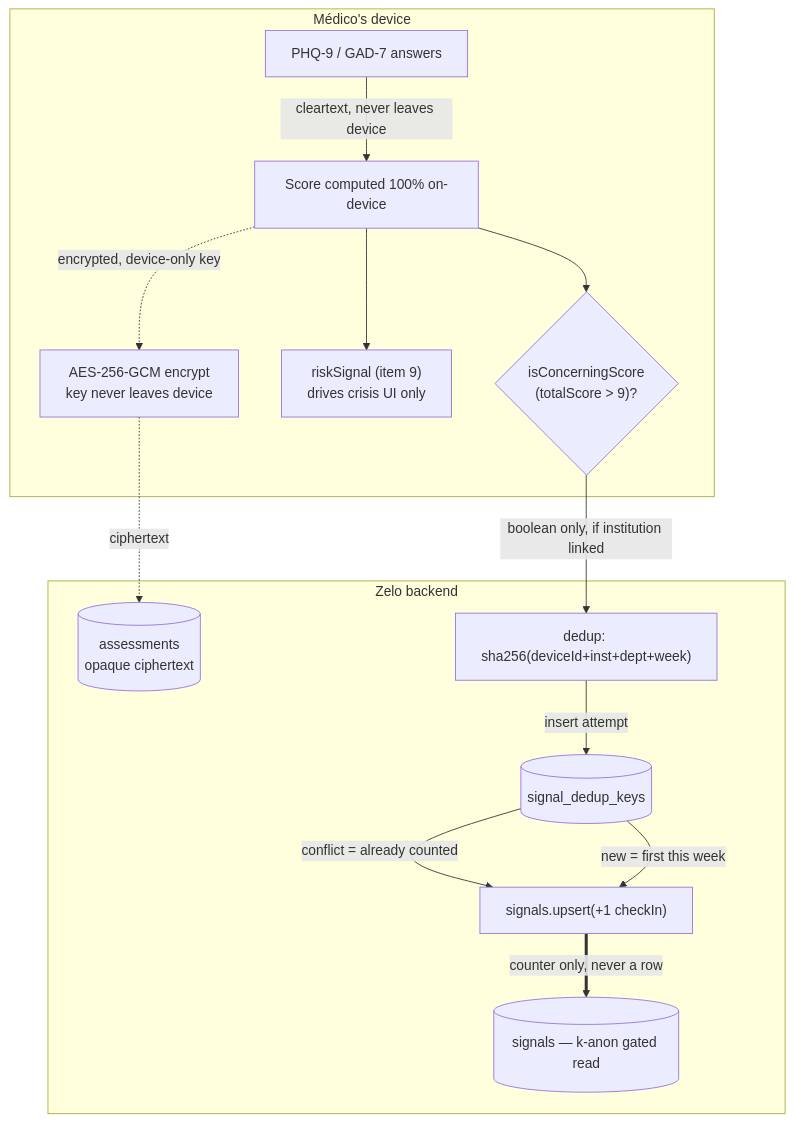
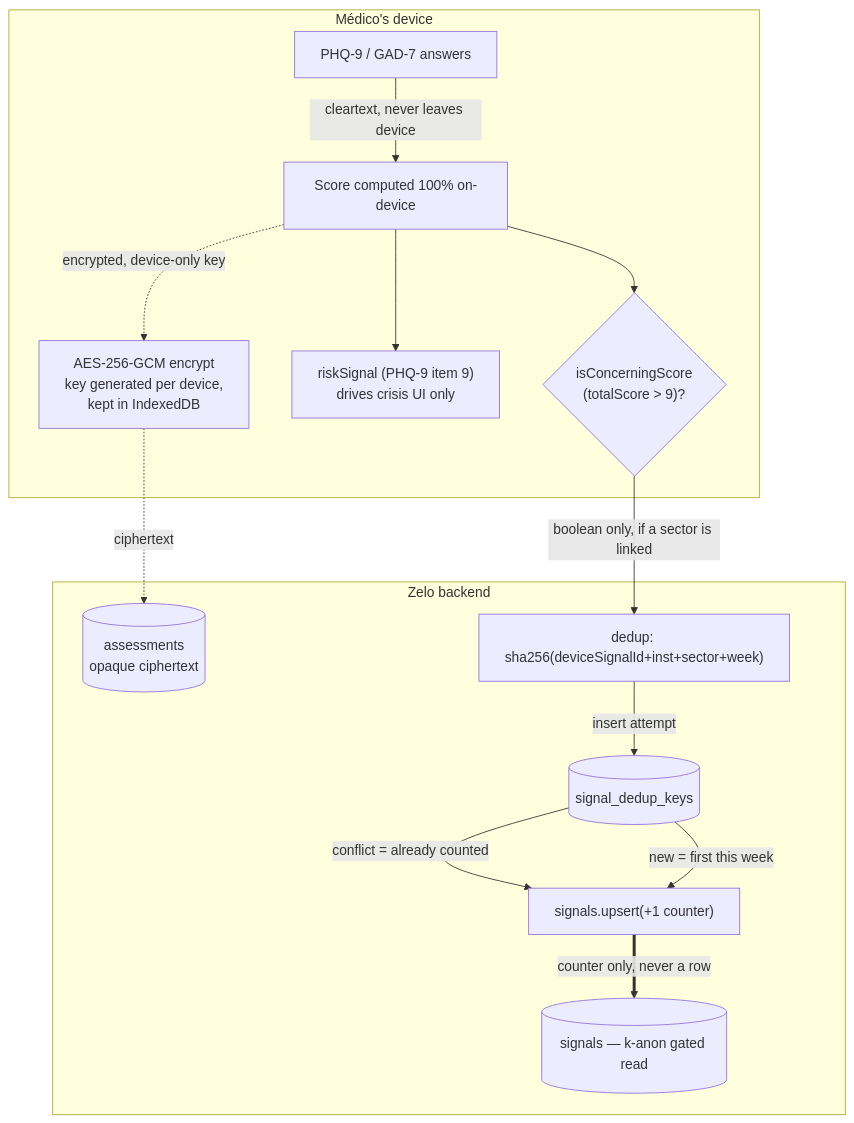
One commit to Develophys/zelo changed the third of 3 diagrams in general-documentations/architecture-reference.md. Above: the diagram before and after it, drawn with Mermaid. The commit also changed other lines of this file and 1 other file, not shown here.

Commit message:
docs: resync architecture-reference.md against current repo state

````diff
--- a/general-documentations/architecture-reference.md
+++ b/general-documentations/architecture-reference.md
@@ -297,29 +428,29 @@
 ```mermaid
 flowchart TD
     subgraph DEV["Médico's device"]
         A["PHQ-9 / GAD-7 answers"]
         B["Score computed 100% on-device"]
         C{"isConcerningScore<br/>(totalScore > 9)?"}
-        D["riskSignal (item 9)<br/>drives crisis UI only"]
-        E["AES-256-GCM encrypt<br/>key never leaves device"]
+        D["riskSignal (PHQ-9 item 9)<br/>drives crisis UI only"]
+        E["AES-256-GCM encrypt<br/>key generated per device,<br/>kept in IndexedDB"]
     end
     subgraph SRV["Zelo backend"]
         F[("assessments<br/>opaque ciphertext")]
-        G["dedup: sha256(deviceId+inst+dept+week)"]
+        G["dedup: sha256(deviceSignalId+inst+sector+week)"]
         H[("signal_dedup_keys")]
-        I["signals.upsert(+1 checkIn)"]
+        I["signals.upsert(+1 counter)"]
         J[("signals — k-anon gated read")]
     end
 
     A -- "cleartext, never leaves device" --> B
     B --> C
     B --> D
     B -.->|"encrypted, device-only key"| E
     E -.->|"ciphertext"| F
 
-    C -->|"boolean only, if institution linked"| G
+    C -->|"boolean only, if a sector is linked"| G
     G -->|"insert attempt"| H
     H -- "conflict = already counted" --> I
     H -- "new = first this week" --> I
     I ==>|"counter only, never a row"| J
 ```
````
